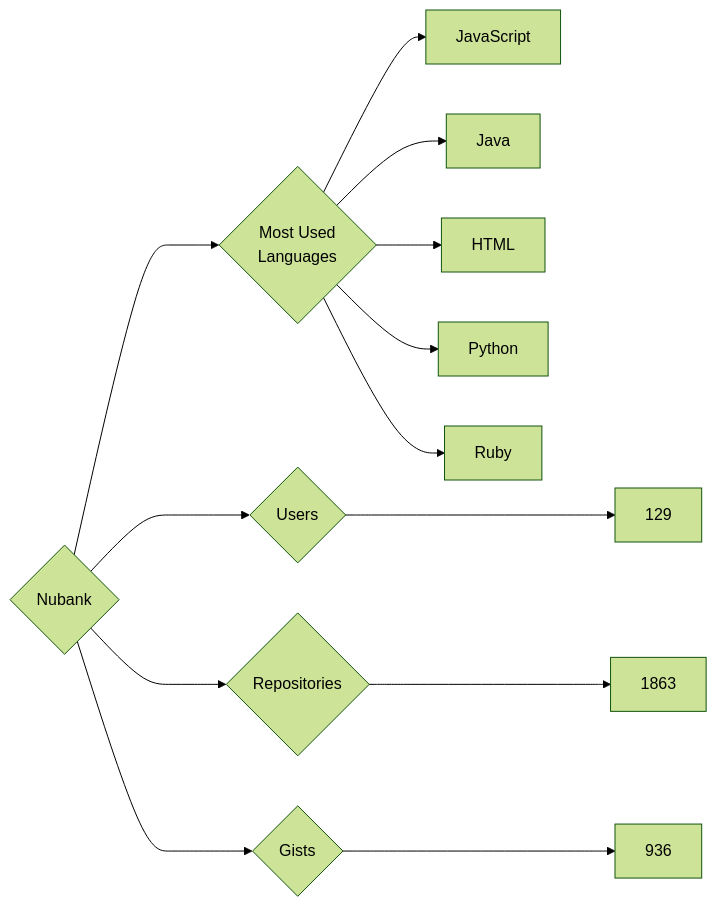
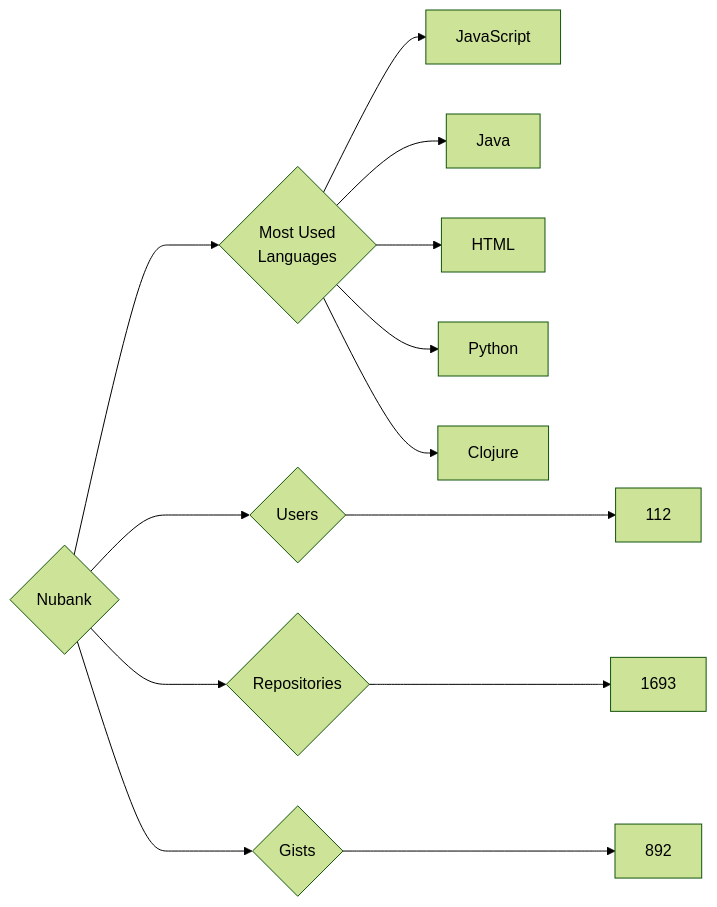
Before and after one commit to trickest/insiders: the diagram in targets/Nubank/README.md, drawn with Mermaid (forest theme). The commit also changed 970 other files, not shown here.

````diff
--- a/targets/Nubank/README.md
+++ b/targets/Nubank/README.md
@@ -3,13 +3,13 @@
 ```mermaid
 graph LR
 COMPANY_NAME{Nubank}
-COMPANY_NAME ---> U{Users} ---> UN[129]
-COMPANY_NAME ---> R{Repositories} ---> RN[1863]
-COMPANY_NAME ---> G{Gists} ---> GN[936]
+COMPANY_NAME ---> U{Users} ---> UN[112]
+COMPANY_NAME ---> R{Repositories} ---> RN[1693]
+COMPANY_NAME ---> G{Gists} ---> GN[892]
 COMPANY_NAME ---> ML{Most Used<br>Languages}
 ML --> JavaScript[JavaScript]
 ML --> Java[Java]
 ML --> HTML[HTML]
 ML --> Python[Python]
-ML --> Ruby[Ruby]
+ML --> Clojure[Clojure]
 ```
````
